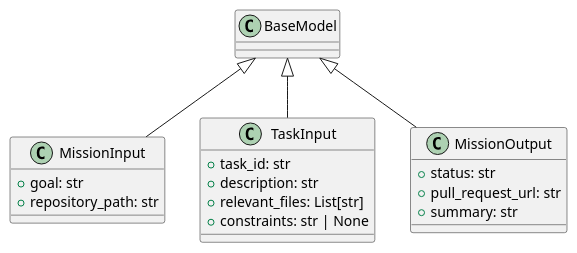
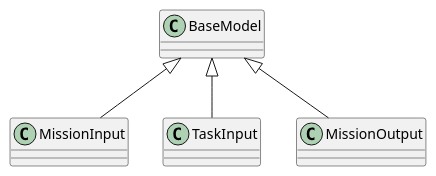
Before and after one commit to lgcorzo/llmops-python-package: the diagram in openwiki/src/autogen_team/application/workflows/autonomous_mission.md, drawn with PlantUML. The commit also changed other lines of this file and 77 other files, not shown here.

````diff
--- a/openwiki/src/autogen_team/application/workflows/autonomous_mission.md
+++ b/openwiki/src/autogen_team/application/workflows/autonomous_mission.md
@@ -65,22 +225,13 @@
 ```plantuml
 @startuml
-    BaseModel <|-- MissionInput
-    class MissionInput {
-        +goal: str
-        +repository_path: str
-    }
-    BaseModel <|-- TaskInput
-    class TaskInput {
-        +task_id: str
-        +description: str
-        +relevant_files: List[str]
-        +constraints: str | None
-    }
-    BaseModel <|-- MissionOutput
-    class MissionOutput {
-        +status: str
-        +pull_request_url: str
-        +summary: str
-    }
+class MissionInput {
+}
+BaseModel <|-- MissionInput
+class TaskInput {
+}
+BaseModel <|-- TaskInput
+class MissionOutput {
+}
+BaseModel <|-- MissionOutput
 @enduml
 ```
````
